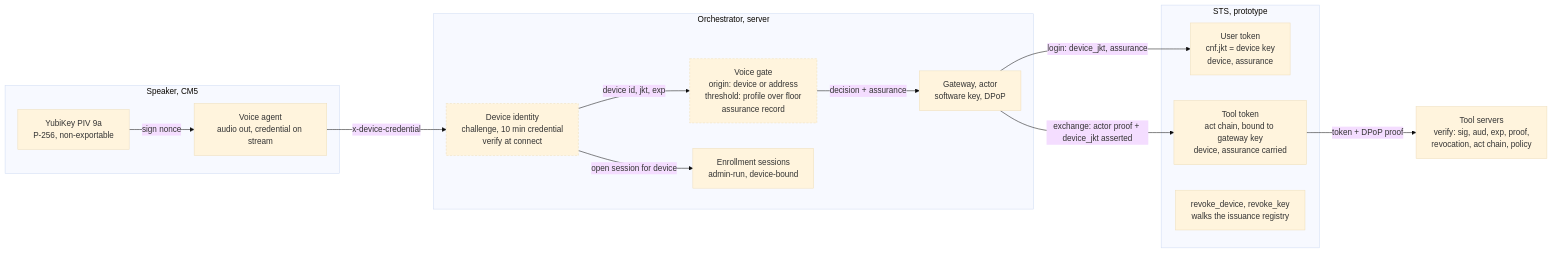
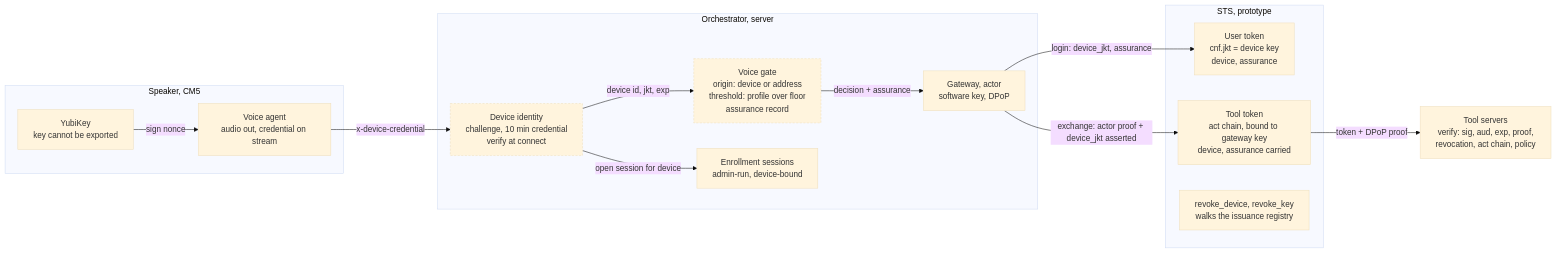
The first of 7 diagrams in security/SESSION_BINDING.md (ianisms/ai-orchestrator), drawn with Mermaid (base theme) before and after one commit. The commit also changed other lines of this file and 5 other files, not shown here.

First line of the commit message:
docs: YubiKey without the PIV slot jargon

````diff
--- a/security/SESSION_BINDING.md
+++ b/security/SESSION_BINDING.md
@@ -31,29 +31,29 @@
 ```mermaid
 flowchart LR
     subgraph speaker [Speaker, CM5]
-        YK[YubiKey PIV 9a<br/>P-256, non-exportable]
+        YK[YubiKey<br/>key cannot be exported]
         VA[Voice agent<br/>audio out, credential on stream]
     end
     subgraph orch [Orchestrator, server]
         DI[Device identity<br/>challenge, 10 min credential<br/>verify at connect]
         VG[Voice gate<br/>origin: device or address<br/>threshold: profile over floor<br/>assurance record]
         EN[Enrollment sessions<br/>admin-run, device-bound]
         GW[Gateway, actor<br/>software key, DPoP]
     end
     subgraph sts [STS, prototype]
         UT[User token<br/>cnf.jkt = device key<br/>device, assurance]
         TT[Tool token<br/>act chain, bound to gateway key<br/>device, assurance carried]
         RV[revoke_device, revoke_key<br/>walks the issuance registry]
     end
     TS[Tool servers<br/>verify: sig, aud, exp, proof,<br/>revocation, act chain, policy]
     YK -- sign nonce --> VA
     VA -- x-device-credential --> DI
     DI -- device id, jkt, exp --> VG
     DI -- open session for device --> EN
     VG -- decision + assurance --> GW
     GW -- login: device_jkt, assurance --> UT
     GW -- exchange: actor proof + device_jkt asserted --> TT
     TT -- token + DPoP proof --> TS
     classDef off stroke-dasharray: 4 3
     class DI,VG off
 ```
````
